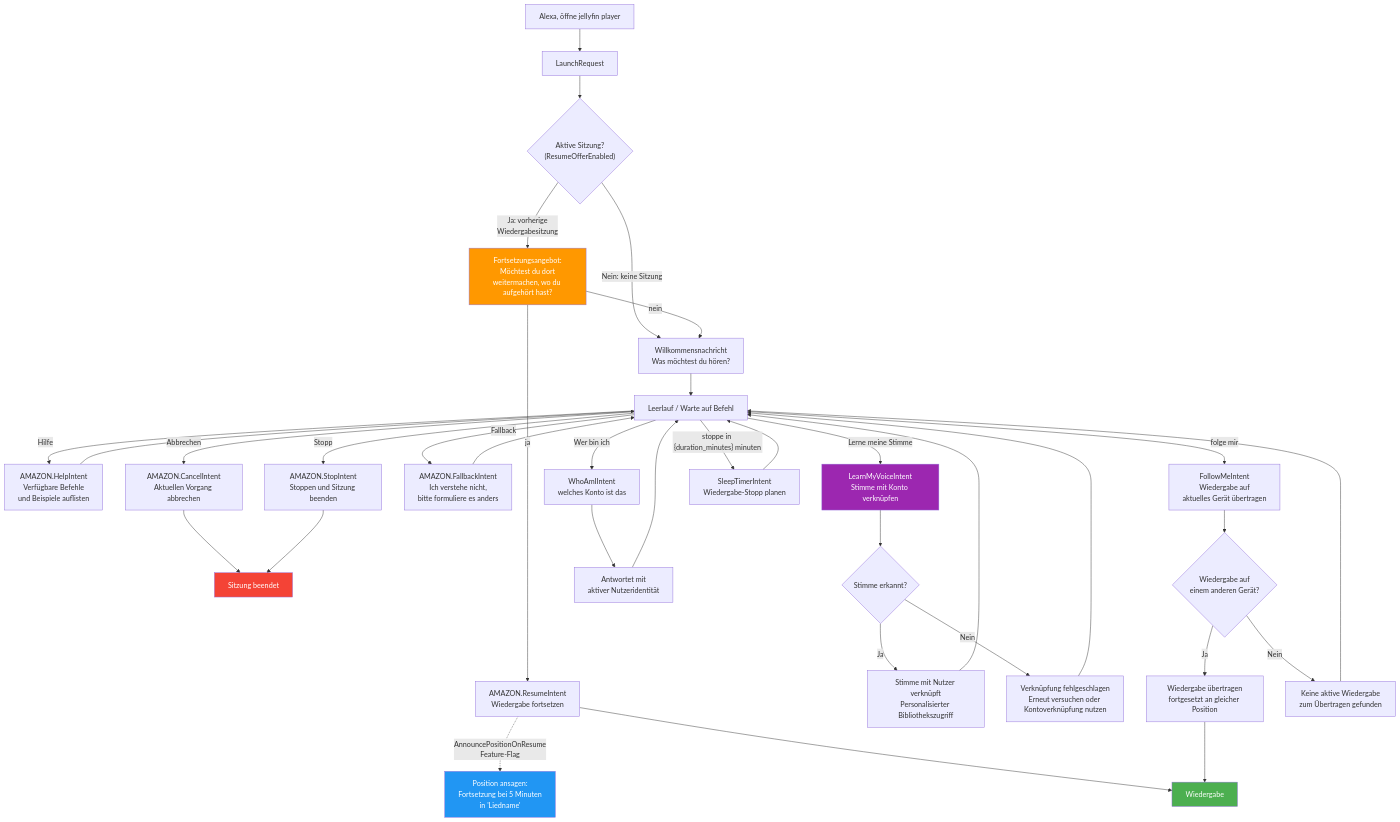
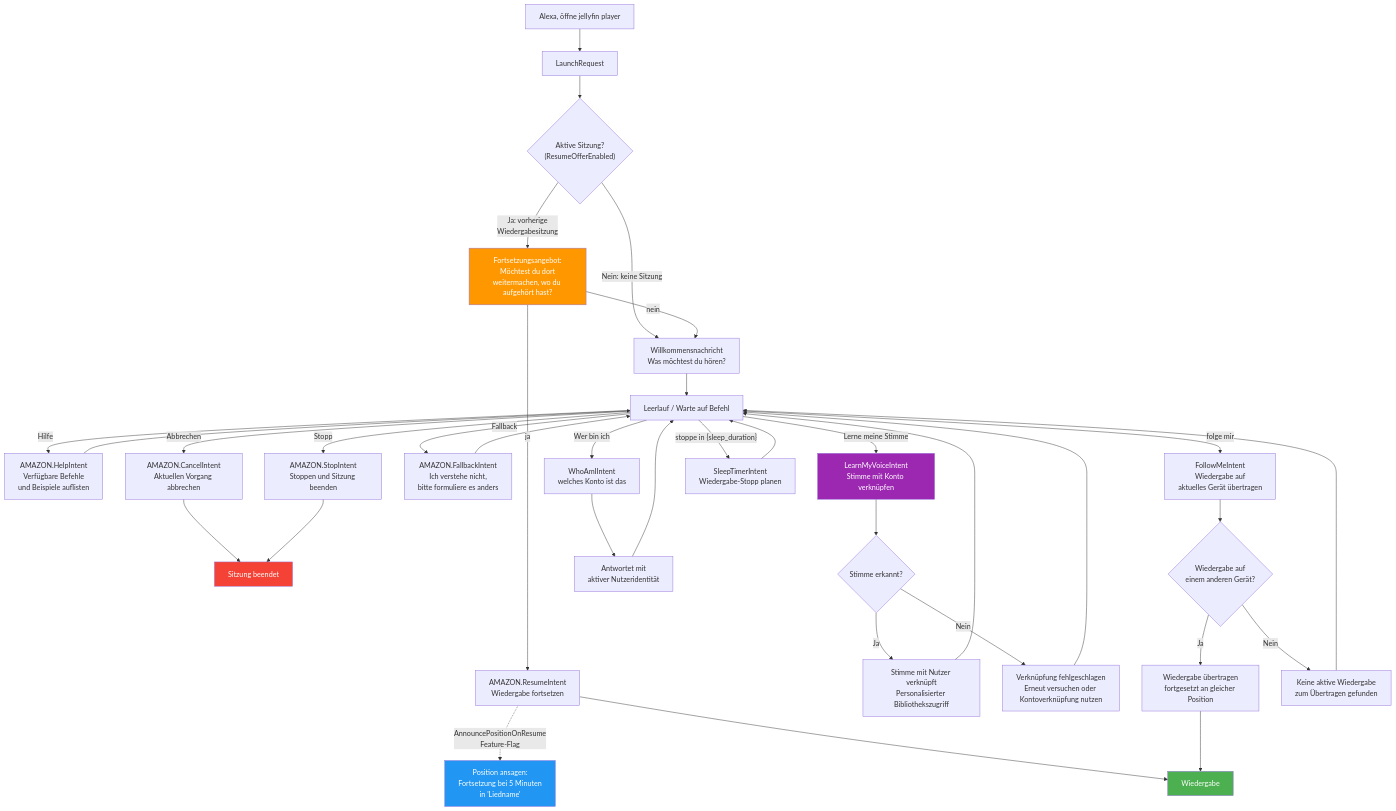
Before and after one commit to paoloantinori/jellyfin-alexa-plugin: the diagram in docs/session-management-de-DE.md, drawn with Mermaid. The commit also changed 94 other files, not shown here.

````diff
--- a/docs/session-management-de-DE.md
+++ b/docs/session-management-de-DE.md
@@ -3,56 +3,56 @@
 ```mermaid
 graph TD
     Open["Alexa, öffne jellyfin player"] --> LaunchRequest["LaunchRequest"]
 
     LaunchRequest --> HasSession{"Aktive Sitzung?<br/>(ResumeOfferEnabled)"}
 
     HasSession -->|"Ja: vorherige<br/>Wiedergabesitzung"| ResumeOffer["Fortsetzungsangebot:<br/>Möchtest du dort<br/>weitermachen, wo du aufgehört hast?"]
     HasSession -->|"Nein: keine Sitzung"| Welcome["Willkommensnachricht<br/>Was möchtest du hören?"]
 
     ResumeOffer -->|"ja"| ResumePlay["AMAZON.ResumeIntent<br/>Wiedergabe fortsetzen"]
     ResumeOffer -->|"nein"| Welcome
 
     ResumePlay -.->|"AnnouncePositionOnResume<br/>Feature-Flag"| PositionAnnounce["Position ansagen:<br/>Fortsetzung bei 5 Minuten<br/>in 'Liedname'"]
     ResumePlay --> Playing["Wiedergabe"]
 
     Welcome --> Idle["Leerlauf / Warte auf Befehl"]
 
     Idle -->|"Hilfe"| Help["AMAZON.HelpIntent<br/>Verfügbare Befehle<br/>und Beispiele auflisten"]
     Idle -->|"Abbrechen"| Cancel["AMAZON.CancelIntent<br/>Aktuellen Vorgang abbrechen"]
     Idle -->|"Stopp"| Stop["AMAZON.StopIntent<br/>Stoppen und Sitzung beenden"]
     Idle -->|"Fallback"| Fallback["AMAZON.FallbackIntent<br/>Ich verstehe nicht,<br/>bitte formuliere es anders"]
 
     Help --> Idle
     Cancel --> EndSession["Sitzung beendet"]
     Stop --> EndSession
     Fallback --> Idle
 
     Idle -->|"Lerne meine Stimme"| VoiceLink["LearnMyVoiceIntent<br/>Stimme mit Konto verknüpfen"]
     VoiceLink --> VoiceResult{"Stimme erkannt?"}
     VoiceResult -->|"Ja"| Linked["Stimme mit Nutzer verknüpft<br/>Personalisierter Bibliothekszugriff"]
     VoiceResult -->|"Nein"| LinkFailed["Verknüpfung fehlgeschlagen<br/>Erneut versuchen oder Kontoverknüpfung nutzen"]
 
     Linked --> Idle
     LinkFailed --> Idle
 
     Idle -->|"Wer bin ich"| WhoAmI["WhoAmIIntent<br/>welches Konto ist das"]
     WhoAmI --> IdentityResp["Antwortet mit<br/>aktiver Nutzeridentität"]
     IdentityResp --> Idle
 
     Idle -->|"folge mir"| FollowMe["FollowMeIntent<br/>Wiedergabe auf<br/>aktuelles Gerät übertragen"]
     FollowMe --> FollowTransfer{"Wiedergabe auf<br/>einem anderen Gerät?"}
     FollowTransfer -->|"Ja"| TransferOK["Wiedergabe übertragen<br/>fortgesetzt an gleicher Position"]
     FollowTransfer -->|"Nein"| NoTransfer["Keine aktive Wiedergabe<br/>zum Übertragen gefunden"]
 
     TransferOK --> Playing
     NoTransfer --> Idle
 
-    Idle -->|"stoppe in {duration_minutes} minuten"| Sleep["SleepTimerIntent<br/>Wiedergabe-Stopp planen"]
+    Idle -->|"stoppe in {sleep_duration}"| Sleep["SleepTimerIntent<br/>Wiedergabe-Stopp planen"]
     Sleep --> Idle
 
     style Playing fill:#4CAF50,color:#fff
     style EndSession fill:#f44336,color:#fff
     style VoiceLink fill:#9C27B0,color:#fff
     style ResumeOffer fill:#FF9800,color:#fff
     style PositionAnnounce fill:#2196F3,color:#fff
 ```
````
